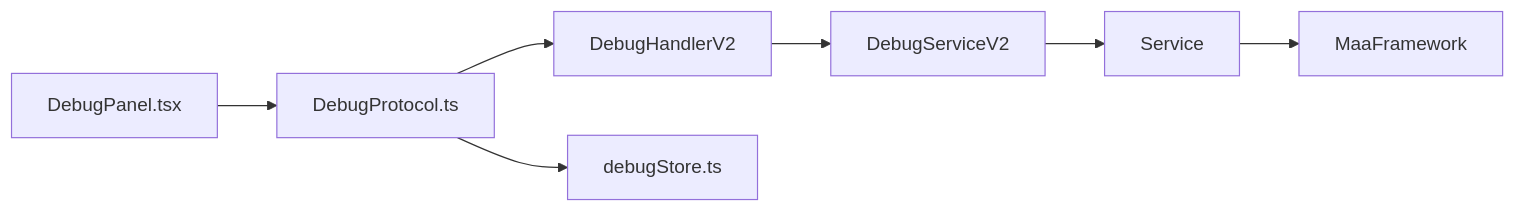
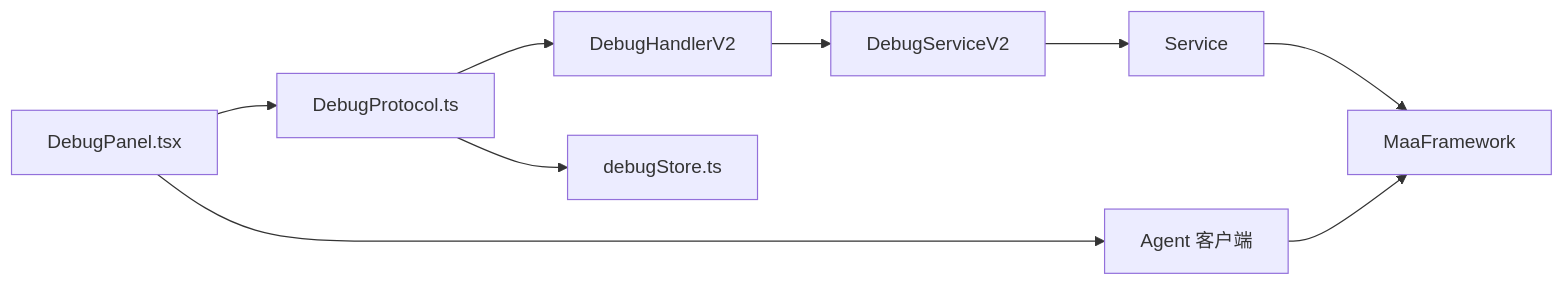
Before and after one commit to kqcoxn/MaaPipelineEditor: the third of 3 diagrams in .qoder/repowiki/zh/content/核心概念/调试框架.md, drawn with Mermaid. The commit also changed other lines of this file and 10 other files, not shown here.

````diff
--- a/.qoder/repowiki/zh/content/核心概念/调试框架.md
+++ b/.qoder/repowiki/zh/content/核心概念/调试框架.md
@@ -191,9 +209,11 @@
 ```mermaid
 graph LR
 DP["DebugPanel.tsx"] --> DProt["DebugProtocol.ts"]
 DProt --> DHV2["DebugHandlerV2"]
 DHV2 --> DSvcV2["DebugServiceV2"]
 DSvcV2 --> Svc["Service"]
 Svc --> FW["MaaFramework"]
 DProt --> DS["debugStore.ts"]
+DP --> AP["Agent 客户端"]
+AP --> FW
 ```
````
